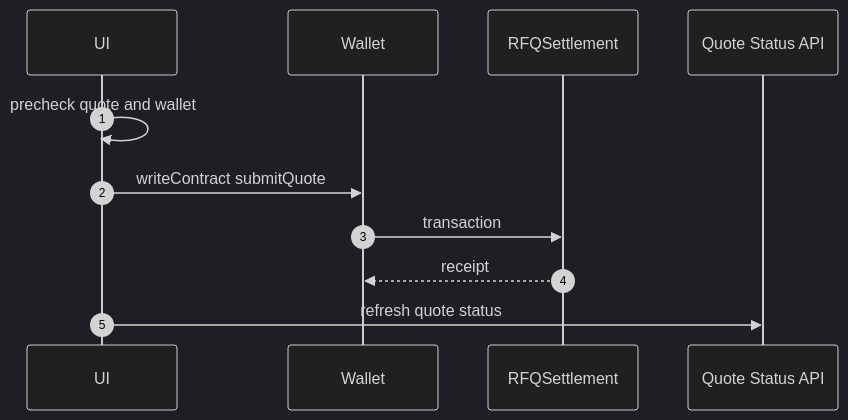
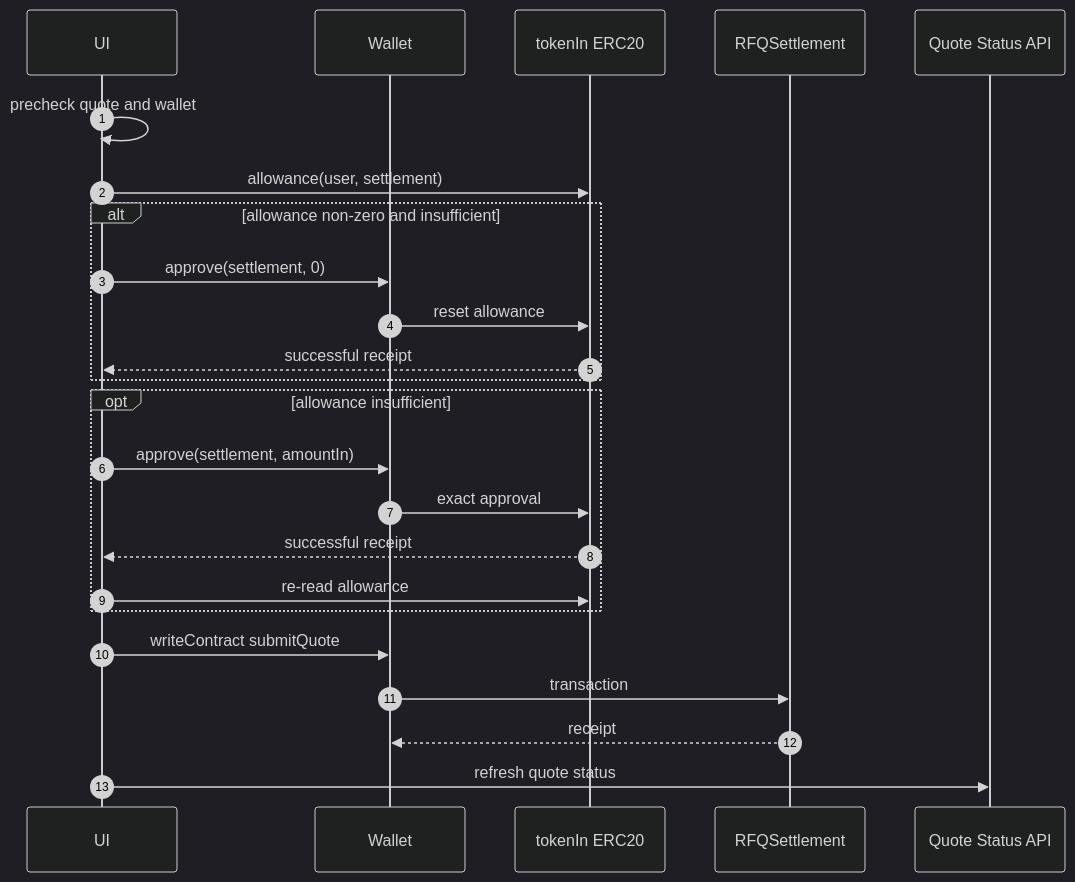
One commit to alvis-ai/production-grade-web3-rfq-market-maker changed the second of 3 diagrams in book/Volume6-Frontend-And-SDK/Chapter03-Submit-Flow.md. Above: the diagram before and after it, drawn with Mermaid (dark theme). The commit also changed other lines of this file and 14 other files, not shown here.

Commit message:
feat: require ERC20 allowance before settlement

````diff
--- a/book/Volume6-Frontend-And-SDK/Chapter03-Submit-Flow.md
+++ b/book/Volume6-Frontend-And-SDK/Chapter03-Submit-Flow.md
@@ -71,14 +76,27 @@
 ```mermaid
 sequenceDiagram
   autonumber
   participant UI
   participant Wallet
+  participant Token as tokenIn ERC20
   participant Chain as RFQSettlement
   participant API as Quote Status API
 
   UI->>UI: precheck quote and wallet
+  UI->>Token: allowance(user, settlement)
+  alt allowance non-zero and insufficient
+    UI->>Wallet: approve(settlement, 0)
+    Wallet->>Token: reset allowance
+    Token-->>UI: successful receipt
+  end
+  opt allowance insufficient
+    UI->>Wallet: approve(settlement, amountIn)
+    Wallet->>Token: exact approval
+    Token-->>UI: successful receipt
+    UI->>Token: re-read allowance
+  end
   UI->>Wallet: writeContract submitQuote
   Wallet->>Chain: transaction
   Chain-->>Wallet: receipt
   UI->>API: refresh quote status
 ```
````
